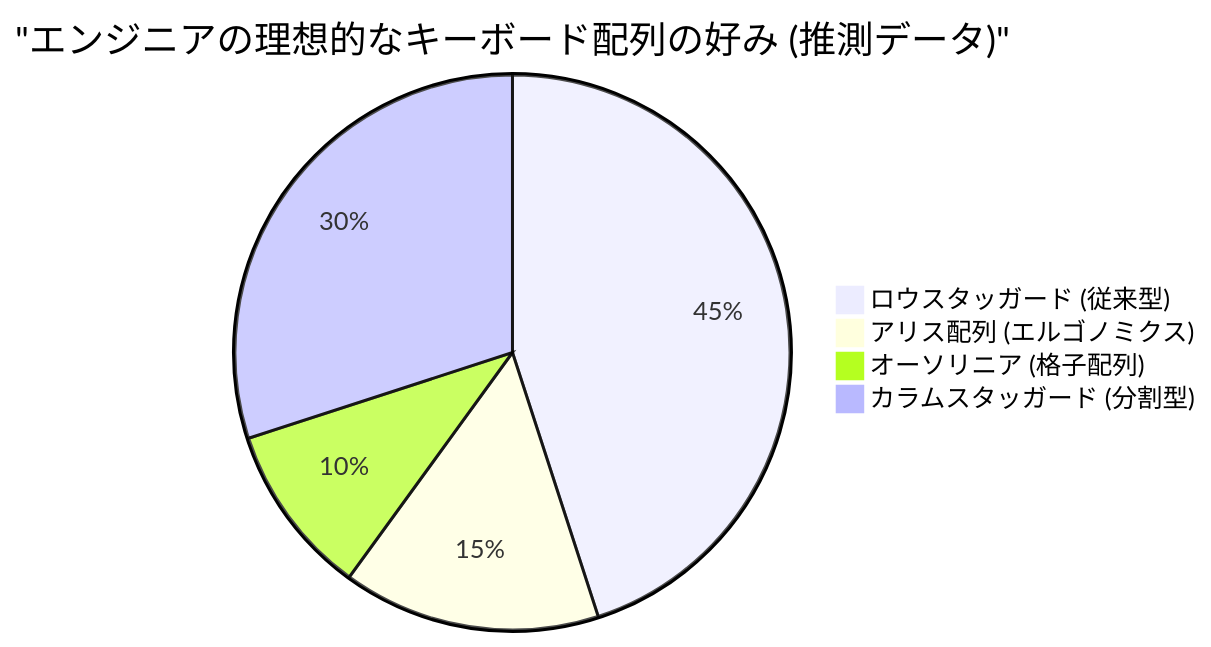
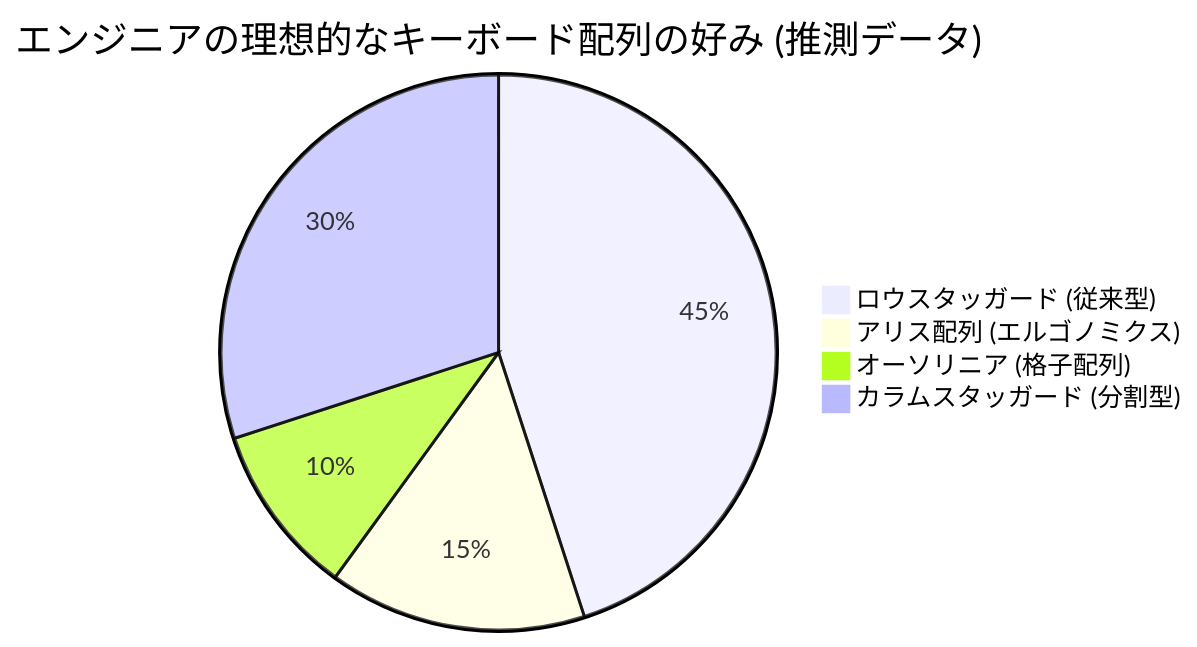
The third of 3 diagrams in content/post/mechanical_keyboards/index.md (kenjinote/blog), drawn with Mermaid before and after one commit. The commit also changed other lines of this file and 703 other files, not shown here.

Commit message:
Fix: Remove quotes from Mermaid link texts and timeline definitions to support Mermaid 11.4.1

````diff
--- a/content/post/mechanical_keyboards/index.md
+++ b/content/post/mechanical_keyboards/index.md
@@ -127,7 +127,7 @@
 ```mermaid
-pie title "エンジニアの理想的なキーボード配列の好み (推測データ)"
+pie title エンジニアの理想的なキーボード配列の好み (推測データ)
     "ロウスタッガード (従来型)" : 45
     "アリス配列 (エルゴノミクス)" : 15
     "オーソリニア (格子配列)" : 10
     "カラムスタッガード (分割型)" : 30
 ```
````
